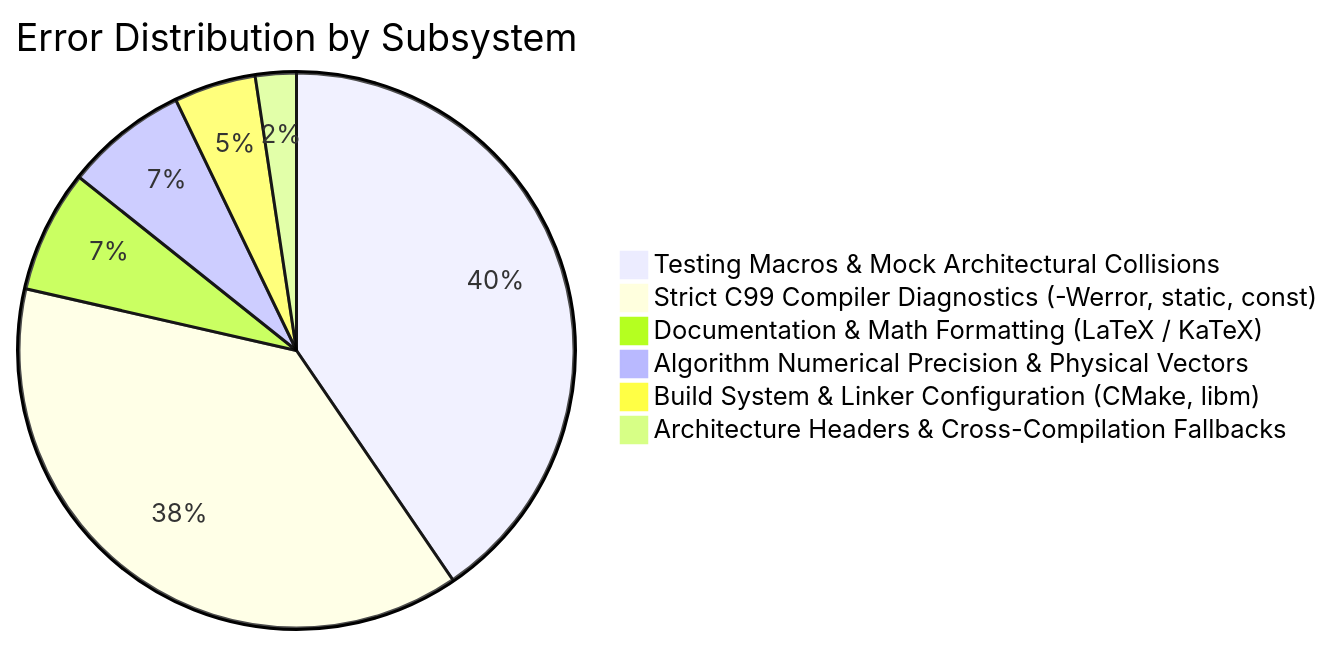
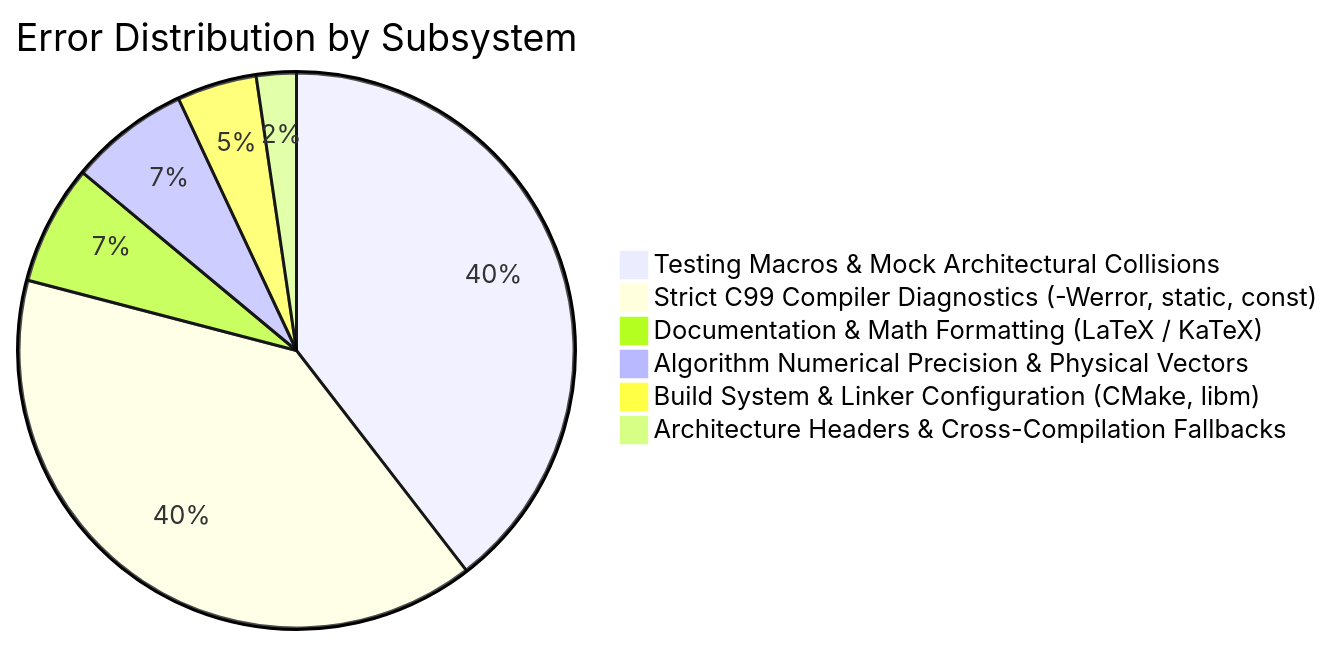
Before and after one commit to Thejus26/rain-predict: the diagram in context/errors/README.md, drawn with Mermaid. The commit also changed other lines of this file and 4 other files, not shown here.

````diff
--- a/context/errors/README.md
+++ b/context/errors/README.md
@@ -58,9 +59,9 @@
 ```mermaid
 pie title Error Distribution by Subsystem
     "Testing Macros & Mock Architectural Collisions" : 17
-    "Strict C99 Compiler Diagnostics (-Werror, static, const)" : 16
+    "Strict C99 Compiler Diagnostics (-Werror, static, const)" : 17
     "Documentation & Math Formatting (LaTeX / KaTeX)" : 3
     "Algorithm Numerical Precision & Physical Vectors" : 3
     "Build System & Linker Configuration (CMake, libm)" : 2
     "Architecture Headers & Cross-Compilation Fallbacks" : 1
 ```
````
